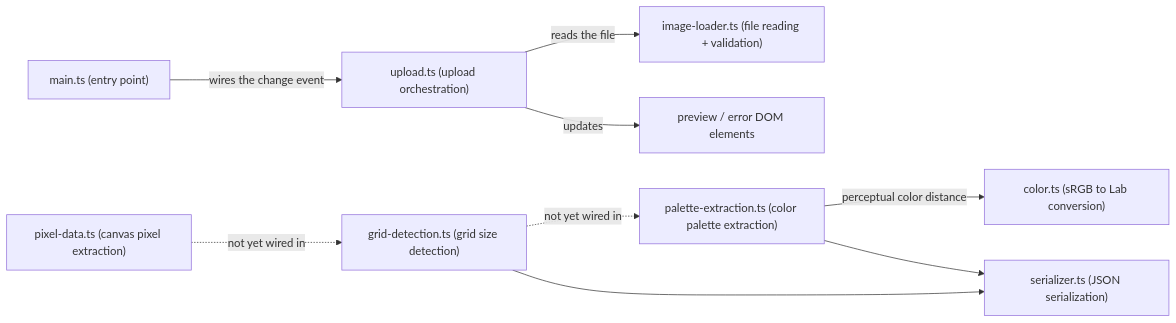
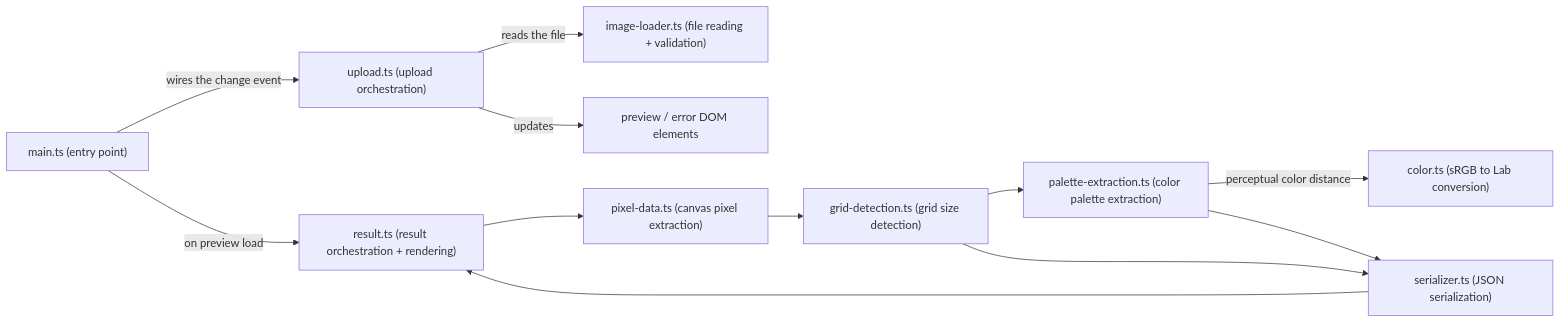
One commit to neolao/pixel-art-serializer changed the diagram in docs/architecture.md. Above: the diagram before and after it, drawn with Mermaid. The commit also changed other lines of this file and 12 other files, not shown here.

````diff
--- a/docs/architecture.md
+++ b/docs/architecture.md
@@ -7,11 +7,14 @@
 ```mermaid
 flowchart LR
     main["main.ts (entry point)"] -->|wires the change event| upload["upload.ts (upload orchestration)"]
     upload -->|reads the file| loader["image-loader.ts (file reading + validation)"]
     upload -->|updates| dom["preview / error DOM elements"]
-    pixeldata["pixel-data.ts (canvas pixel extraction)"] -.not yet wired in.-> griddetect["grid-detection.ts (grid size detection)"]
-    griddetect -.not yet wired in.-> palette["palette-extraction.ts (color palette extraction)"]
+    main -->|on preview load| result["result.ts (result orchestration + rendering)"]
+    result --> pixeldata["pixel-data.ts (canvas pixel extraction)"]
+    pixeldata --> griddetect["grid-detection.ts (grid size detection)"]
+    griddetect --> palette["palette-extraction.ts (color palette extraction)"]
     palette -->|perceptual color distance| color["color.ts (sRGB to Lab conversion)"]
     griddetect --> serializer["serializer.ts (JSON serialization)"]
     palette --> serializer
+    serializer --> result
 ```
````
